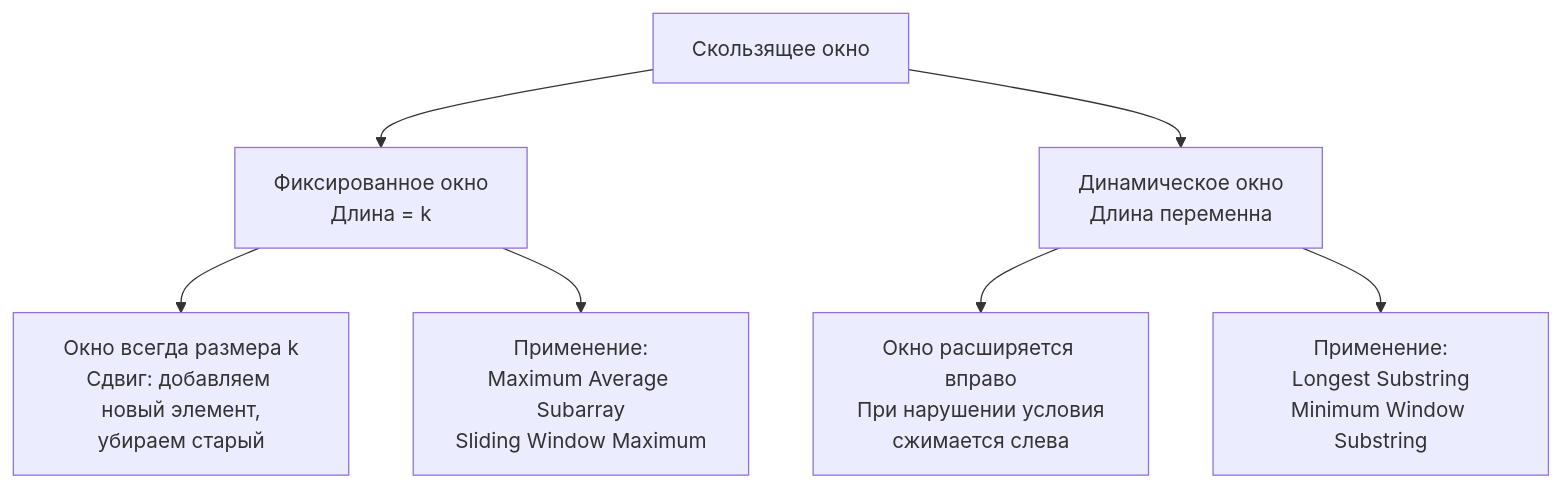
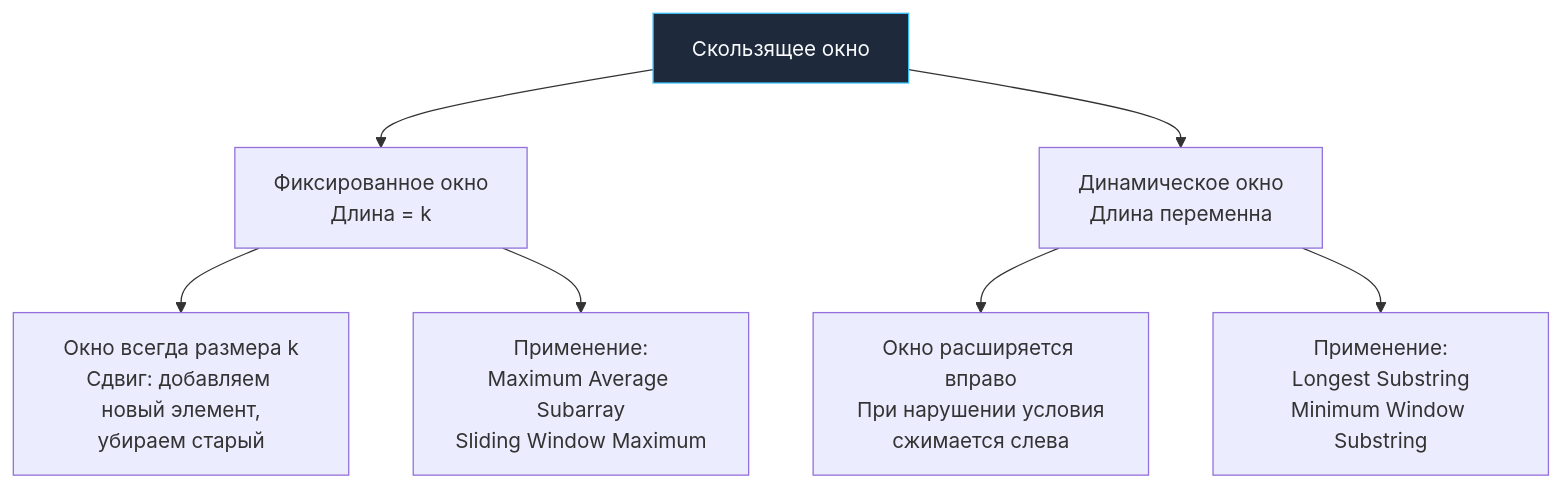
One commit to UnrealTemplier/go-textbook changed the diagram in sources/21. Задачи с LeetCode и собеседований на Go/02. Задачи/03. Скользящее окно/2. Фиксированное и динамическое окно.md. Above: the diagram before and after it, drawn with Mermaid. The commit also changed 1666 other files, not shown here.

First line of the commit message:
feat(mermaid): add semantic color classDef to 1369 colorless flowchart/graph diagrams

````diff
--- a/sources/21. Задачи с LeetCode и собеседований на Go/02. Задачи/03. Скользящее окно/2. Фиксированное и динамическое окно.md
+++ b/sources/21. Задачи с LeetCode и собеседований на Go/02. Задачи/03. Скользящее окно/2. Фиксированное и динамическое окно.md
@@ -8,11 +8,21 @@
 ```mermaid
 flowchart TD
-    Window["Скользящее окно"] --> Fixed["Фиксированное окно<br>Длина = k"]
+    classDef process  fill:#1e293b,stroke:#38bdf8,stroke-width:1px,color:#f8fafc
+    classDef success  fill:#064e3b,stroke:#34d399,stroke-width:1px,color:#f8fafc
+    classDef error    fill:#7f1d1d,stroke:#f87171,stroke-width:1px,color:#f8fafc
+    classDef warning  fill:#78350f,stroke:#fbbf24,stroke-width:1px,color:#f8fafc
+    classDef entry    fill:#1e3a5f,stroke:#38bdf8,stroke-width:2px,color:#f8fafc
+    classDef aux      fill:#334155,stroke:#64748b,stroke-width:1px,color:#f8fafc
+    classDef system   fill:#312e81,stroke:#a78bfa,stroke-width:1px,color:#f8fafc
+    classDef data     fill:#132d29,stroke:#2dd4bf,stroke-width:1px,color:#f8fafc
+    classDef network  fill:#881337,stroke:#fb7185,stroke-width:1px,color:#f8fafc
+    classDef accent   fill:#1e1b4b,stroke:#818cf8,stroke-width:1px,color:#f8fafc
+    Window["Скользящее окно"]:::process --> Fixed["Фиксированное окно<br>Длина = k"]
     Window --> Variable["Динамическое окно<br>Длина переменна"]
     
     Fixed --> F1["Окно всегда размера k<br>Сдвиг: добавляем новый элемент,<br>убираем старый"]
     Fixed --> F2["Применение:<br>Maximum Average Subarray<br>Sliding Window Maximum"]
     
     Variable --> V1["Окно расширяется вправо<br>При нарушении условия<br>сжимается слева"]
     Variable --> V2["Применение:<br>Longest Substring<br>Minimum Window Substring"]
 ```
````
